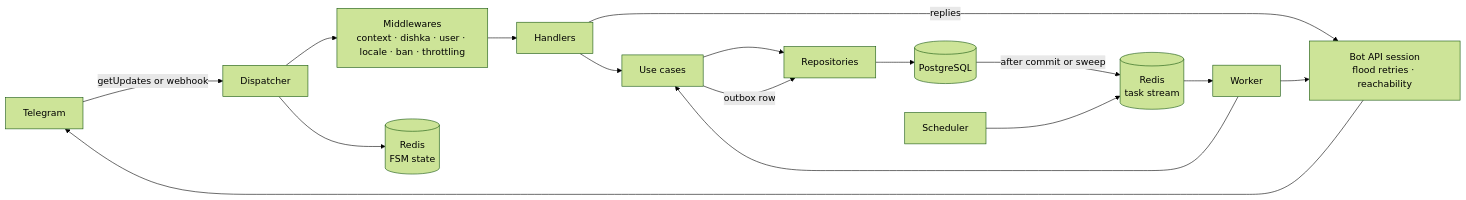
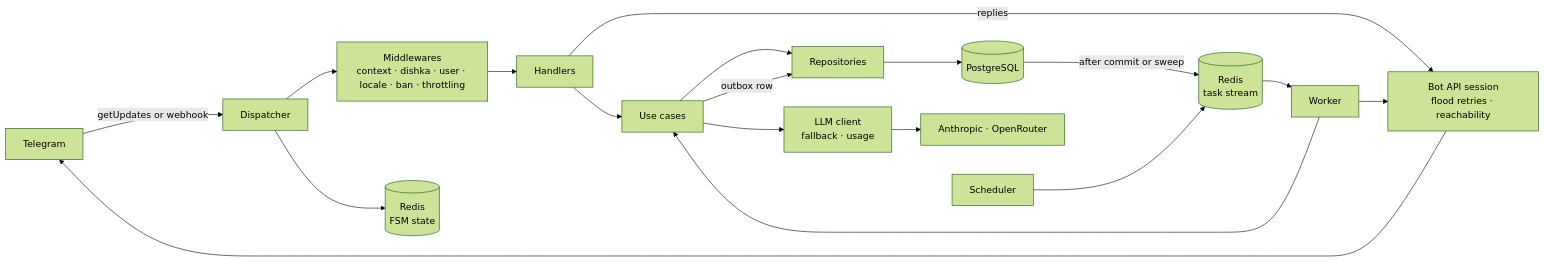
Before and after one commit to darkweid/telegram-bot-template: the diagram in README.md, drawn with Mermaid (forest theme). The commit also changed other lines of this file and 155 other files, not shown here.

````diff
--- a/README.md
+++ b/README.md
@@ -62,18 +75,20 @@
 ```mermaid
 flowchart LR
     TG[Telegram] -->|getUpdates or webhook| DP[Dispatcher]
     DP --> MW["Middlewares<br/>context · dishka · user · locale · ban · throttling"]
     MW --> H[Handlers]
     H --> UC[Use cases]
     UC --> R[Repositories]
     R --> PG[("PostgreSQL")]
     DP --> FSM[("Redis<br/>FSM state")]
     H -->|replies| S["Bot API session<br/>flood retries · reachability"]
     S --> TG
     UC -->|outbox row| R
     PG -->|after commit or sweep| Q[("Redis<br/>task stream")]
     SC[Scheduler] --> Q
     Q --> W[Worker]
     W --> UC
     W --> S
+    UC --> L["LLM client<br/>fallback · usage"]
+    L --> P["Anthropic · OpenRouter"]
 ```
````
